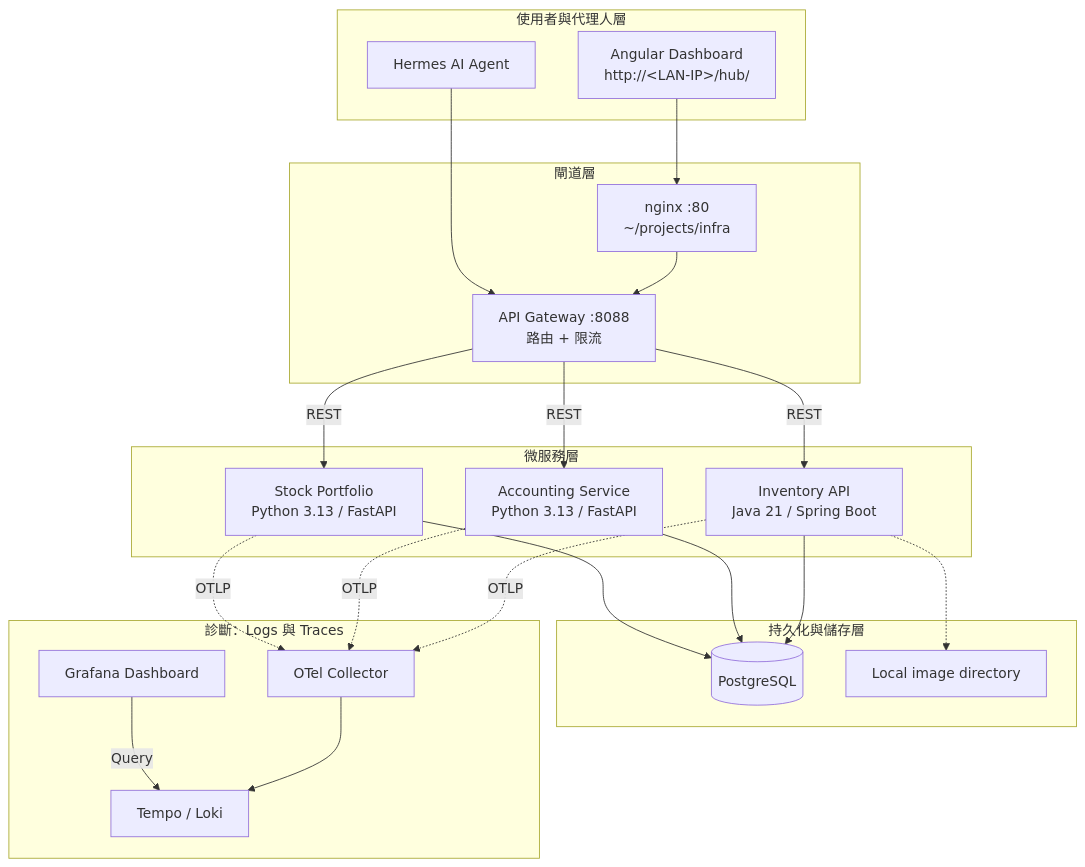
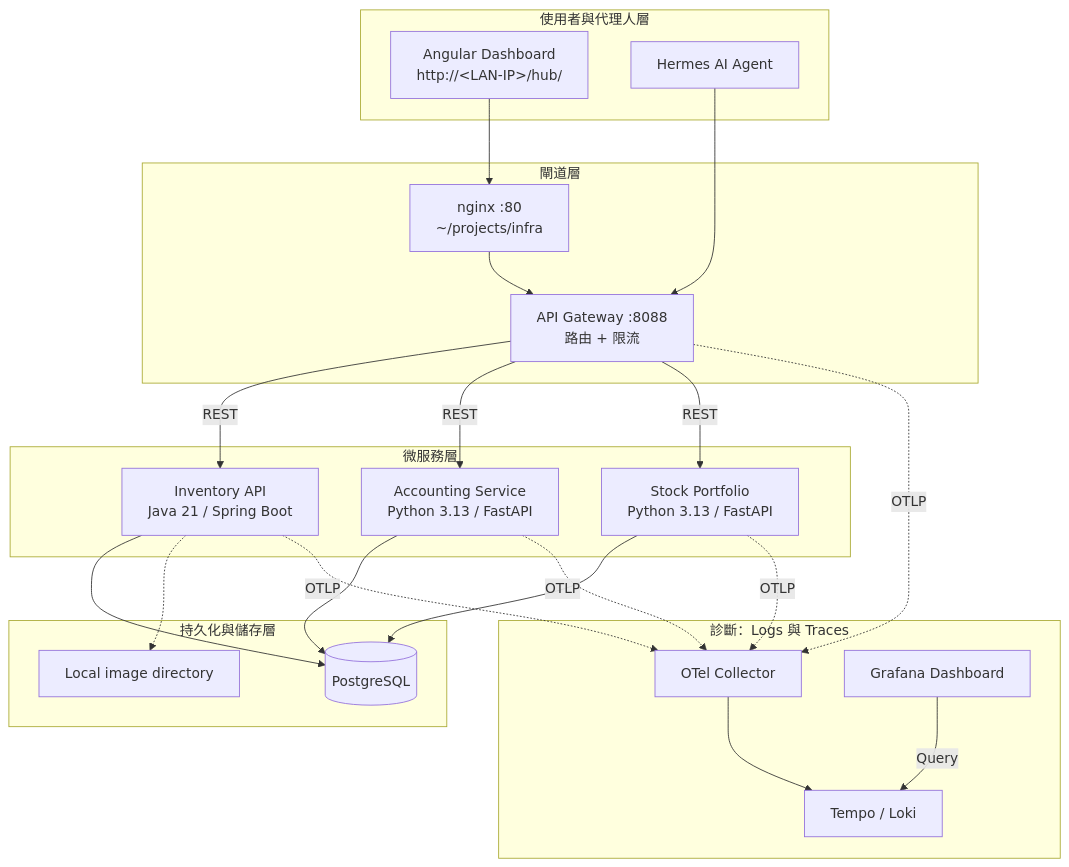
Before and after one commit to chihyishen/home-service-hub: the diagram in README.md, drawn with Mermaid. The commit also changed other lines of this file and 22 other files, not shown here.

````diff
--- a/README.md
+++ b/README.md
@@ -14,54 +14,55 @@
 ```mermaid
 graph TD
     %% 1. 存取層
     subgraph Access_Layer [使用者與代理人層]
         UI[Angular Dashboard<br/>http://&lt;LAN-IP&gt;/hub/]
         Agent[Hermes AI Agent]
     end
 
     %% 2. 閘道
     subgraph Gateway_Layer [閘道層]
         Nginx[nginx :80<br/>~/projects/infra]
         Gateway[API Gateway :8088<br/>路由 + 限流]
     end
 
     %% 3. 服務層
     subgraph Service_Layer [微服務層]
         Inventory[Inventory API<br/>Java 21 / Spring Boot]
         Accounting[Accounting Service<br/>Python 3.13 / FastAPI]
         Stock[Stock Portfolio<br/>Python 3.13 / FastAPI]
     end
 
     %% 4. 資料層
     subgraph Data_Layer [持久化與儲存層]
         Postgres[(PostgreSQL)]
         Images[Local image directory]
     end
 
     %% 5. 可觀測性層
     subgraph Obs_Layer [診斷：Logs 與 Traces]
         Collector[OTel Collector]
         Grafana[Grafana Dashboard]
         Tempo[Tempo / Loki]
     end
 
     %% 請求流（無登入）
     UI --> Nginx
     Nginx --> Gateway
     Agent --> Gateway
     Gateway -->|REST| Inventory
     Gateway -->|REST| Accounting
     Gateway -->|REST| Stock
 
     Inventory --> Postgres
     Accounting --> Postgres
     Stock --> Postgres
     Inventory -.-> Images
 
     %% 可觀測性流
+    Gateway -.->|OTLP| Collector
     Inventory -.->|OTLP| Collector
     Accounting -.->|OTLP| Collector
     Stock -.->|OTLP| Collector
     Collector --> Tempo
     Grafana -->|Query| Tempo
 ```
````
